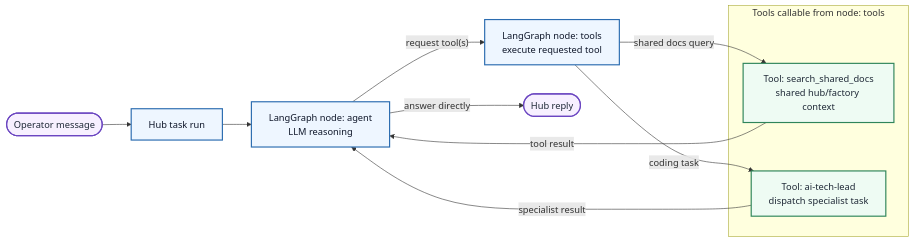
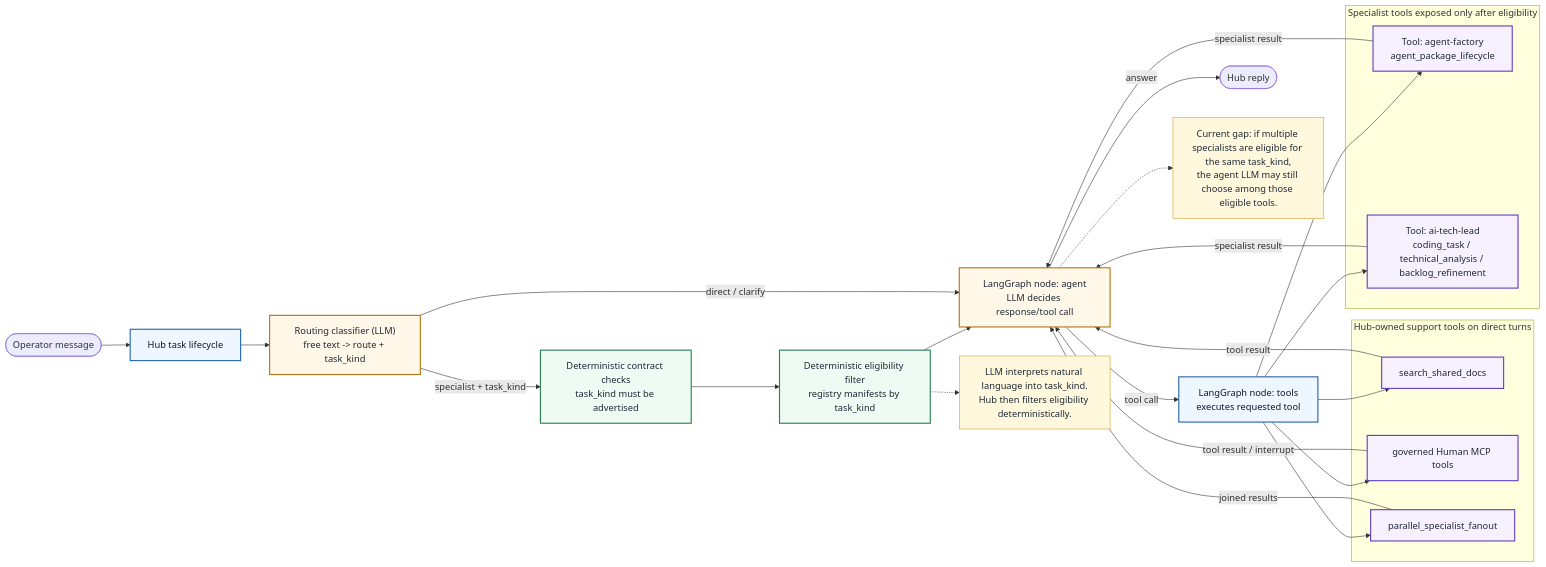
One commit to robvoto/agent-hub changed the diagram in docs/diagrams/07B-HUB-LANGGRAPH-NODE-FLOW.mmd. Above: the diagram before and after it, drawn with Mermaid. The commit also changed 9 other files, not shown here.

Commit message:
Improve Hub workflow learning diagrams

```diff
--- a/docs/diagrams/07B-HUB-LANGGRAPH-NODE-FLOW.mmd
+++ b/docs/diagrams/07B-HUB-LANGGRAPH-NODE-FLOW.mmd
@@ -1,26 +1,49 @@
 flowchart LR
     Operator([Operator message])
-    TaskRun["Hub task run"]
-    Agent["LangGraph node: agent<br/>LLM reasoning"]
-    Tools["LangGraph node: tools<br/>execute requested tool"]
+    TaskRun["Hub task lifecycle"]
+    Classifier["Routing classifier (LLM)<br/>free text -> route + task_kind"]
+    Validate["Deterministic contract checks<br/>task_kind must be advertised"]
+    Eligible["Deterministic eligibility filter<br/>registry manifests by task_kind"]
+    Agent["LangGraph node: agent<br/>LLM decides response/tool call"]
+    Tools["LangGraph node: tools<br/>executes requested tool"]
     Reply([Hub reply])
 
-    subgraph Toolset["Tools callable from node: tools"]
-        SharedDocs["Tool: search_shared_docs<br/>shared hub/factory context"]
-        AITechLead["Tool: ai-tech-lead<br/>dispatch specialist task"]
+    subgraph SpecialistTools["Specialist tools exposed only after eligibility"]
+        Factory["Tool: agent-factory<br/>agent_package_lifecycle"]
+        ATL["Tool: ai-tech-lead<br/>coding_task / technical_analysis / backlog_refinement"]
     end
 
-    Operator --> TaskRun --> Agent
-    Agent -->|"answer directly"| Reply
-    Agent -->|"request tool(s)"| Tools
-    Tools -->|"shared docs query"| SharedDocs -->|"tool result"| Agent
-    Tools -->|"coding task"| AITechLead -->|"specialist result"| Agent
+    subgraph HubTools["Hub-owned support tools on direct turns"]
+        SharedDocs["search_shared_docs"]
+        HumanMCP["governed Human MCP tools"]
+        Fanout["parallel_specialist_fanout"]
+    end
+
+    Operator --> TaskRun --> Classifier
+    Classifier -->|"specialist + task_kind"| Validate --> Eligible --> Agent
+    Classifier -->|"direct / clarify"| Agent
+
+    Agent -->|"answer"| Reply
+    Agent -->|"tool call"| Tools
+    Tools --> Factory -->|"specialist result"| Agent
+    Tools --> ATL -->|"specialist result"| Agent
+    Tools --> SharedDocs -->|"tool result"| Agent
+    Tools --> HumanMCP -->|"tool result / interrupt"| Agent
+    Tools --> Fanout -->|"joined results"| Agent
+
+    note1["LLM interprets natural language into task_kind.<br/>Hub then filters eligibility deterministically."]
+    note2["Current gap: if multiple specialists are eligible for the same task_kind,<br/>the agent LLM may still choose among those eligible tools."]
+    Eligible -.-> note1
+    Agent -.-> note2
 
     classDef core fill:#eef6ff,stroke:#2b6cb0,stroke-width:2px,color:#0f172a;
-    classDef node fill:#fff8e8,stroke:#b7791f,stroke-width:2px,color:#1f2937;
-    classDef tool fill:#eefbf3,stroke:#2f855a,stroke-width:2px,color:#1f2937;
-    classDef terminal fill:#f7f0ff,stroke:#6b46c1,stroke-width:2px,color:#1f2937;
+    classDef deterministic fill:#eefbf3,stroke:#2f855a,stroke-width:2px,color:#1f2937;
+    classDef llm fill:#fff8e8,stroke:#b7791f,stroke-width:2px,color:#1f2937;
+    classDef tool fill:#f7f0ff,stroke:#6b46c1,stroke-width:2px,color:#1f2937;
+    classDef note fill:#fff8dc,stroke:#d69e2e,color:#1f2937;
 
-    class TaskRun,Agent,Tools core;
-    class SharedDocs,AITechLead tool;
-    class Reply,Operator terminal;
+    class TaskRun,Tools core;
+    class Validate,Eligible deterministic;
+    class Classifier,Agent llm;
+    class Factory,ATL,SharedDocs,HumanMCP,Fanout tool;
+    class note1,note2 note;
```
